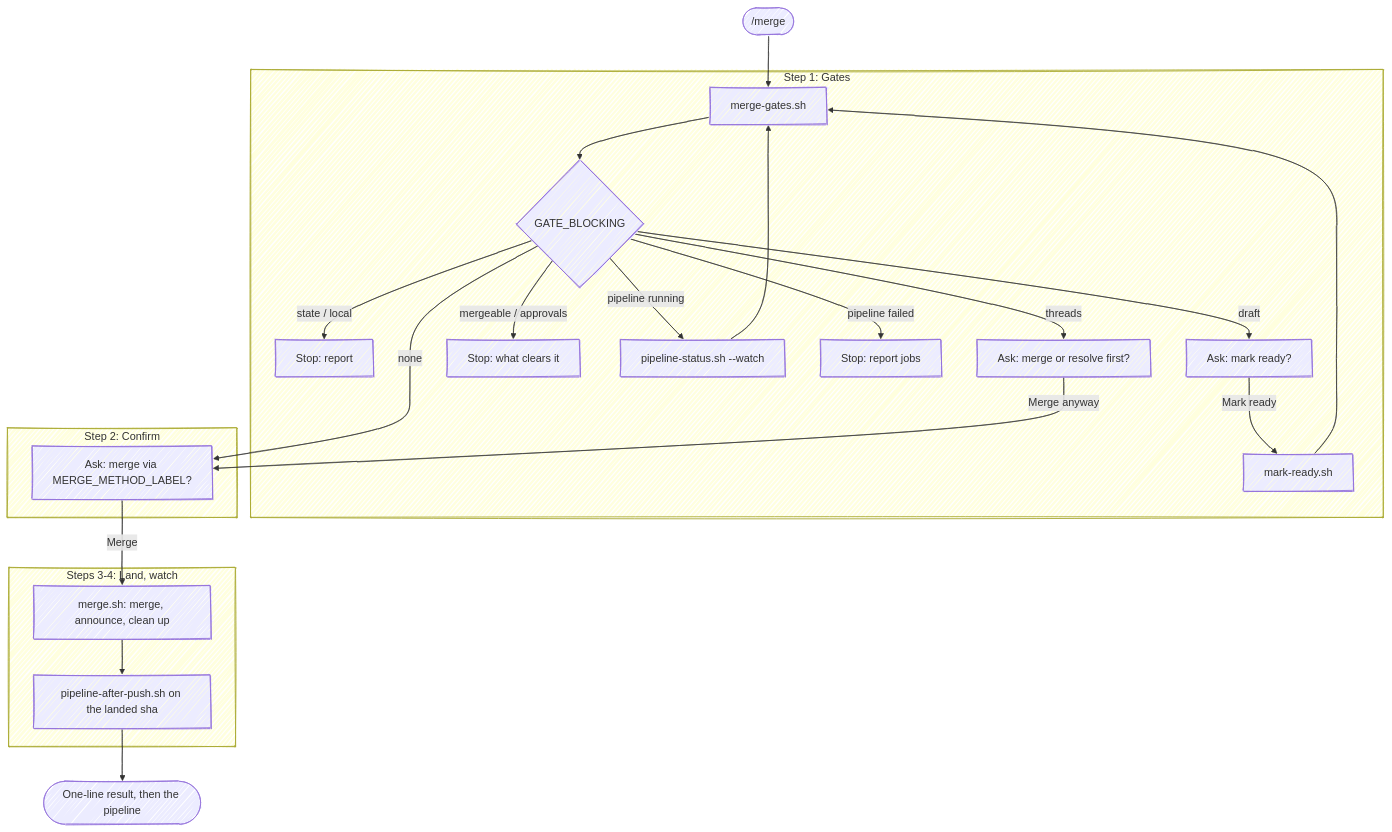
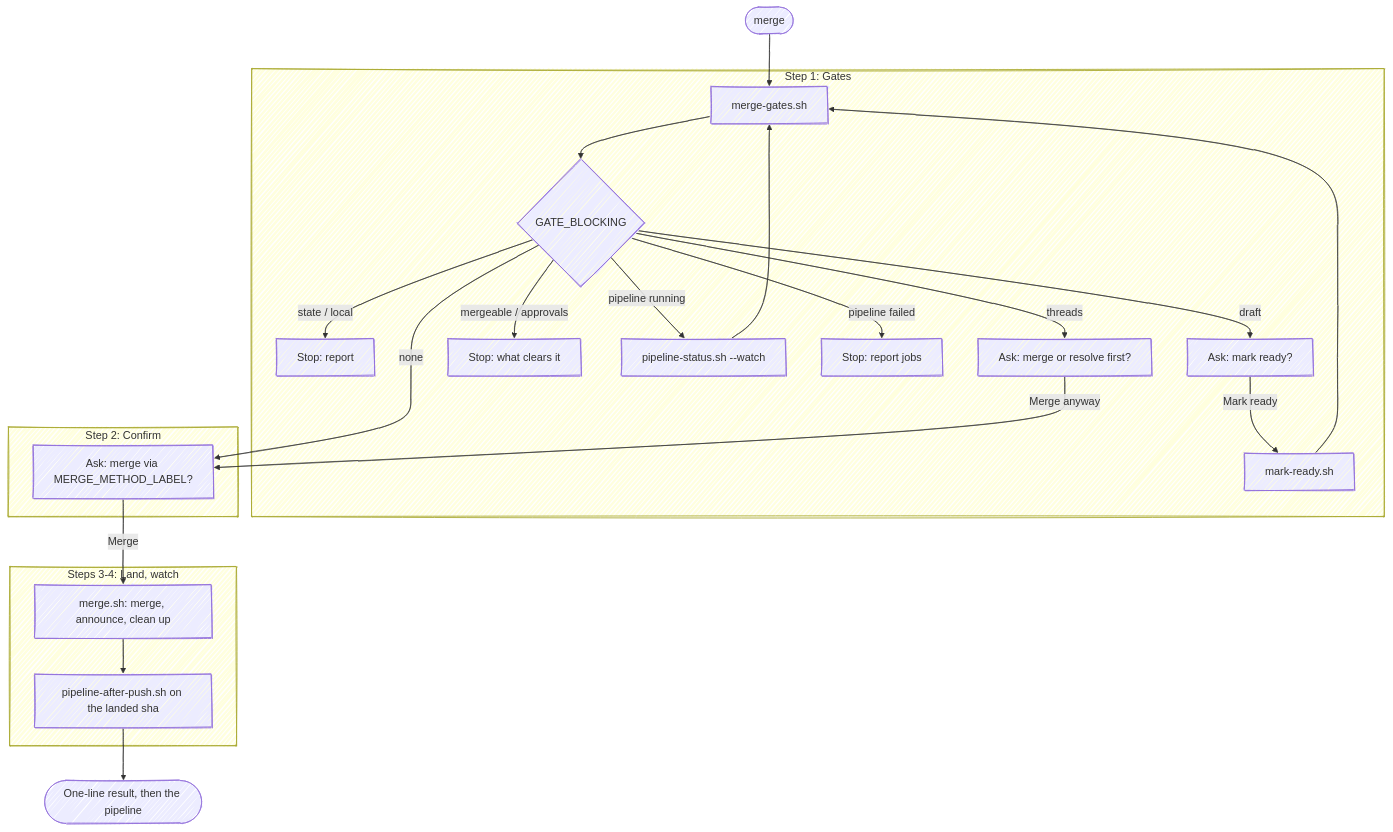
The diagram in skills/merge/SKILL.md (chris-peterson/anchor), drawn with Mermaid before and after one commit. The commit also changed other lines of this file and 42 other files, not shown here.

````diff
--- a/skills/merge/SKILL.md
+++ b/skills/merge/SKILL.md
@@ -43,28 +48,28 @@
 ```mermaid
 %%{ init: { 'look': 'handDrawn' } }%%
 flowchart TD
-    Start(["/merge"]) --> Gates["merge-gates.sh"]
+    Start(["merge"]) --> Gates["merge-gates.sh"]
 
     subgraph "Step 1: Gates"
         Gates --> Block{GATE_BLOCKING}
         Block -->|state / local| Stop["Stop: report"]
         Block -->|draft| AskDraft["Ask: mark ready?"]
         AskDraft -->|Mark ready| Ready["mark-ready.sh"] --> Gates
         Block -->|mergeable / approvals| StopGate["Stop: what clears it"]
         Block -->|pipeline running| Watch["pipeline-status.sh --watch"] --> Gates
         Block -->|pipeline failed| StopPipe["Stop: report jobs"]
         Block -->|threads| AskThreads["Ask: merge or resolve first?"]
     end
 
     subgraph "Step 2: Confirm"
         Block -->|none| Confirm["Ask: merge via MERGE_METHOD_LABEL?"]
         AskThreads -->|Merge anyway| Confirm
     end
 
     subgraph "Steps 3-4: Land, watch"
         Confirm -->|Merge| Do["merge.sh: merge, announce, clean up"]
         Do --> WatchMain["pipeline-after-push.sh on the landed sha"]
     end
 
     WatchMain --> Report([One-line result, then the pipeline])
 ```
````
